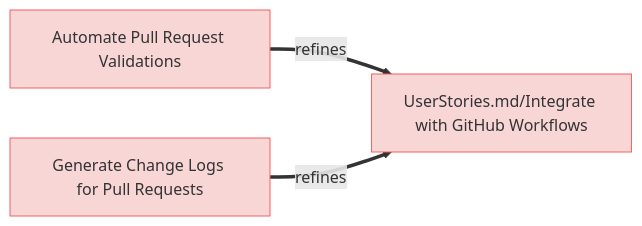
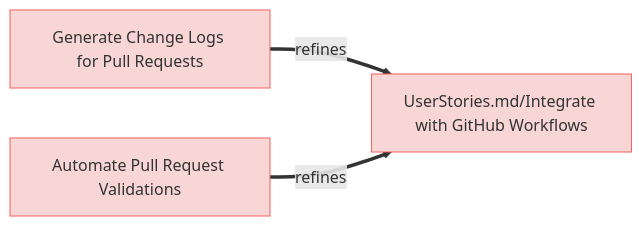
The fifth of 11 diagrams in specifications/UserRequirements.md (reqvire-org/reqvire), drawn with Mermaid before and after one commit. The commit also changed other lines of this file and 25 other files, not shown here.

````diff
--- a/specifications/UserRequirements.md
+++ b/specifications/UserRequirements.md
@@ -409,19 +422,20 @@
 ```mermaid
 graph LR;
   %% Graph styling
   classDef requirement fill:#f9d6d6,stroke:#f55f5f,stroke-width:1px;
   classDef verification fill:#d6f9d6,stroke:#5fd75f,stroke-width:1px;
   classDef externalLink fill:#d0e0ff,stroke:#3080ff,stroke-width:1px;
   classDef default fill:#f5f5f5,stroke:#333333,stroke-width:1px;
+
+  b2a387077d["Generate Change Logs for Pull Requests"];
+  click b2a387077d "UserRequirements.md#generate-change-logs-for-pull-requests";
+  class b2a387077d requirement;
+  ba120b7caf["UserStories.md/Integrate with GitHub Workflows"];
+  class ba120b7caf requirement;
+  click ba120b7caf "UserStories.md#integrate-with-github-workflows";
+  b2a387077d ==>|refines| ba120b7caf;
   68454e6166["Automate Pull Request Validations"];
   click 68454e6166 "UserRequirements.md#automate-pull-request-validations";
   class 68454e6166 requirement;
-  ba120b7caf["UserStories.md/Integrate with GitHub Workflows"];
-  class ba120b7caf requirement;
-  click ba120b7caf "UserStories.md#integrate-with-github-workflows";
   68454e6166 ==>|refines| ba120b7caf;
-  b2a387077d["Generate Change Logs for Pull Requests"];
-  click b2a387077d "UserRequirements.md#generate-change-logs-for-pull-requests";
-  class b2a387077d requirement;
-  b2a387077d ==>|refines| ba120b7caf;
 ```
````
